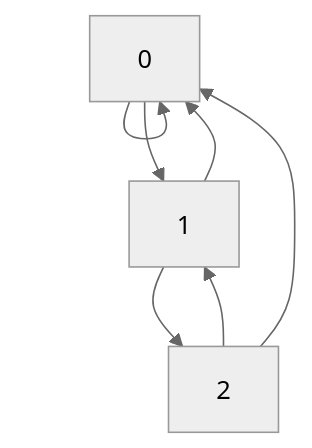
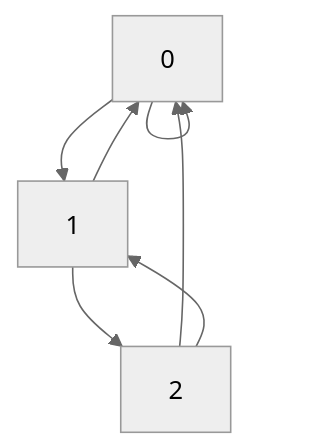
One commit to stivio00/GraphSharp changed the first of 3 diagrams in test.md. Above: the diagram before and after it, drawn with Mermaid (neutral theme). The commit also changed other lines of this file and 4 other files, not shown here.

````diff
--- a/test.md
+++ b/test.md
@@ -5,9 +5,9 @@
 ```Mermaid
 graph
+	0 --> 1
 	0 --> 0
-	0 --> 1
+	1 --> 2
 	1 --> 0
-	1 --> 2
+	2 --> 0
 	2 --> 1
-	2 --> 0
 ```
````
